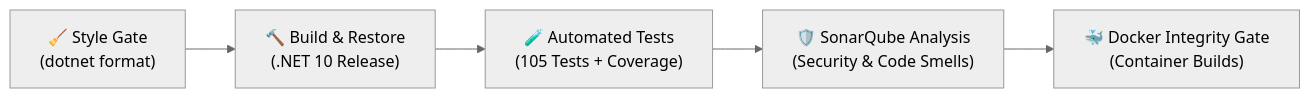
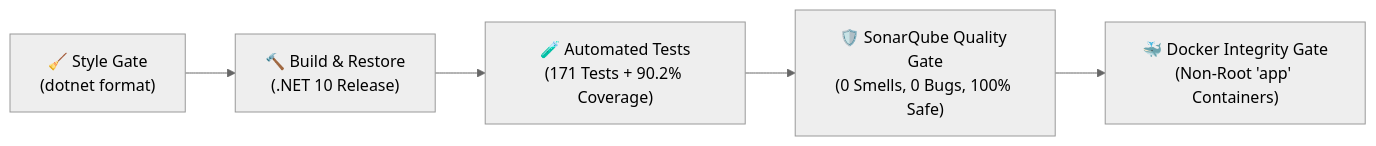
Before and after one commit to enesonmez/shuffleseries_microservices: the third of 3 diagrams in README.md, drawn with Mermaid (neutral theme). The commit also changed other lines of this file and 103 other files, not shown here.

````diff
--- a/README.md
+++ b/README.md
@@ -321,7 +321,7 @@
 ```mermaid
 flowchart LR
     A["🧹 Style Gate\n(dotnet format)"] --> B["🔨 Build & Restore\n(.NET 10 Release)"]
-    B --> C["🧪 Automated Tests\n(105 Tests + Coverage)"]
-    C --> D["🛡️ SonarQube Analysis\n(Security & Code Smells)"]
-    D --> E["🐳 Docker Integrity Gate\n(Container Builds)"]
+    B --> C["🧪 Automated Tests\n(171 Tests + 90.2% Coverage)"]
+    C --> D["🛡️ SonarQube Quality Gate\n(0 Smells, 0 Bugs, 100% Safe)"]
+    D --> E["🐳 Docker Integrity Gate\n(Non-Root 'app' Containers)"]
 ```
````
